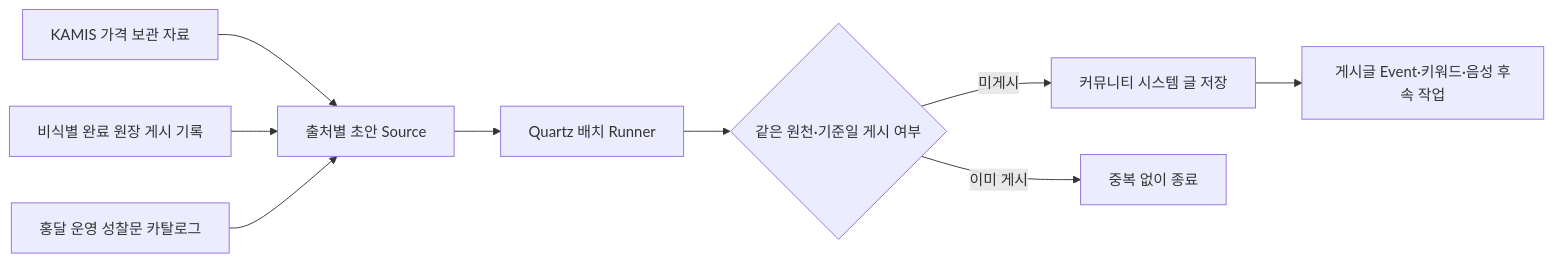
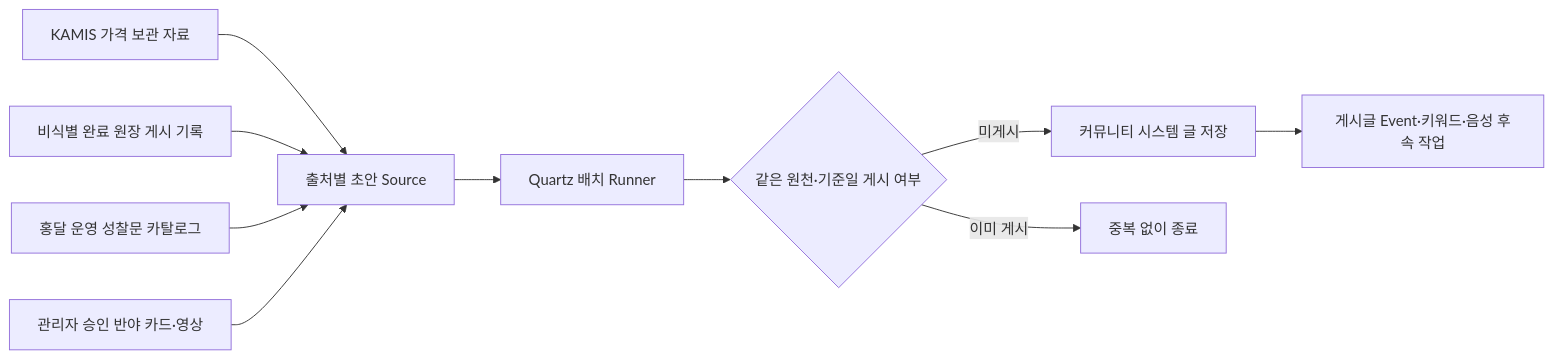
One commit to cheolwo/hongdal changed the diagram in docs/Architecture/CommunityAutomatedEditorialBatch.md. Above: the diagram before and after it, drawn with Mermaid. The commit also changed other lines of this file and 71 other files, not shown here.

````diff
--- a/docs/Architecture/CommunityAutomatedEditorialBatch.md
+++ b/docs/Architecture/CommunityAutomatedEditorialBatch.md
@@ -7,11 +7,12 @@
 ```mermaid
 flowchart LR
     A["KAMIS 가격 보관 자료"] --> D["출처별 초안 Source"]
     B["비식별 완료 원장 게시 기록"] --> D
     C["홍달 운영 성찰문 카탈로그"] --> D
+    P["관리자 승인 반야 카드·영상"] --> D
     D --> E["Quartz 배치 Runner"]
     E --> F{"같은 원천·기준일 게시 여부"}
     F -->|미게시| G["커뮤니티 시스템 글 저장"]
     F -->|이미 게시| H["중복 없이 종료"]
     G --> I["게시글 Event·키워드·음성 후속 작업"]
 ```
````
